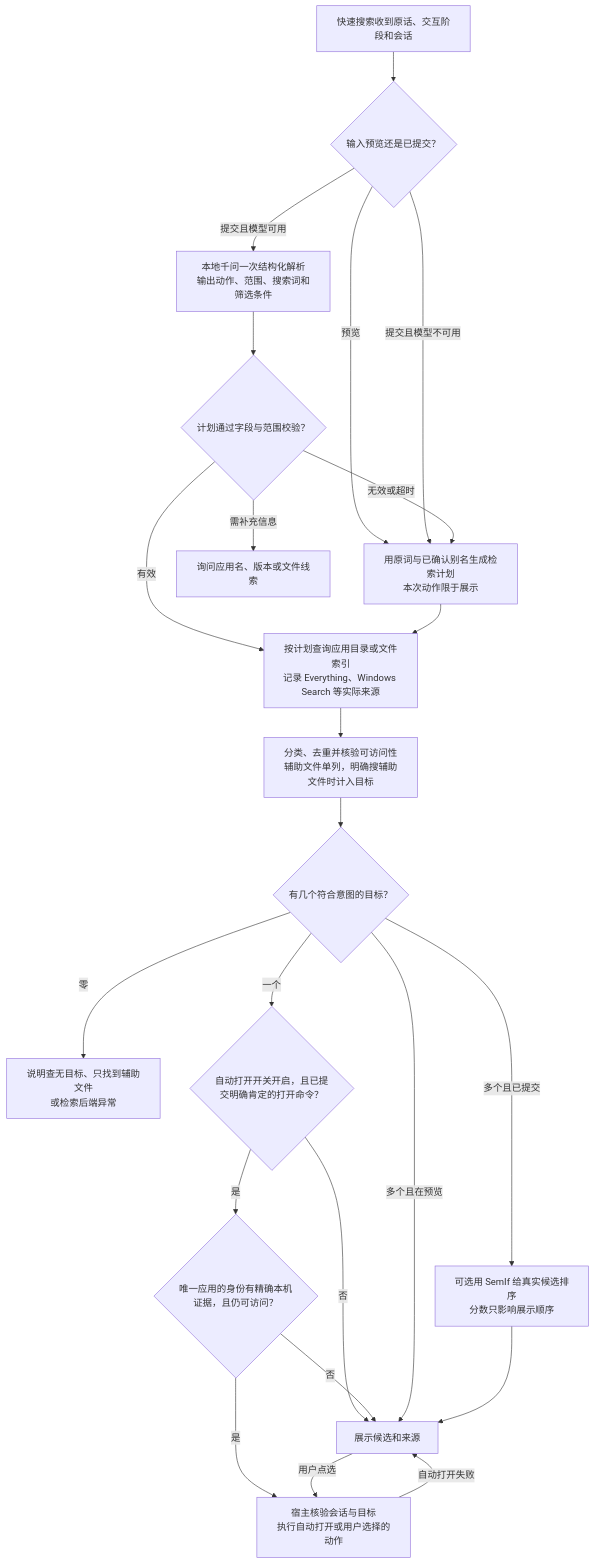
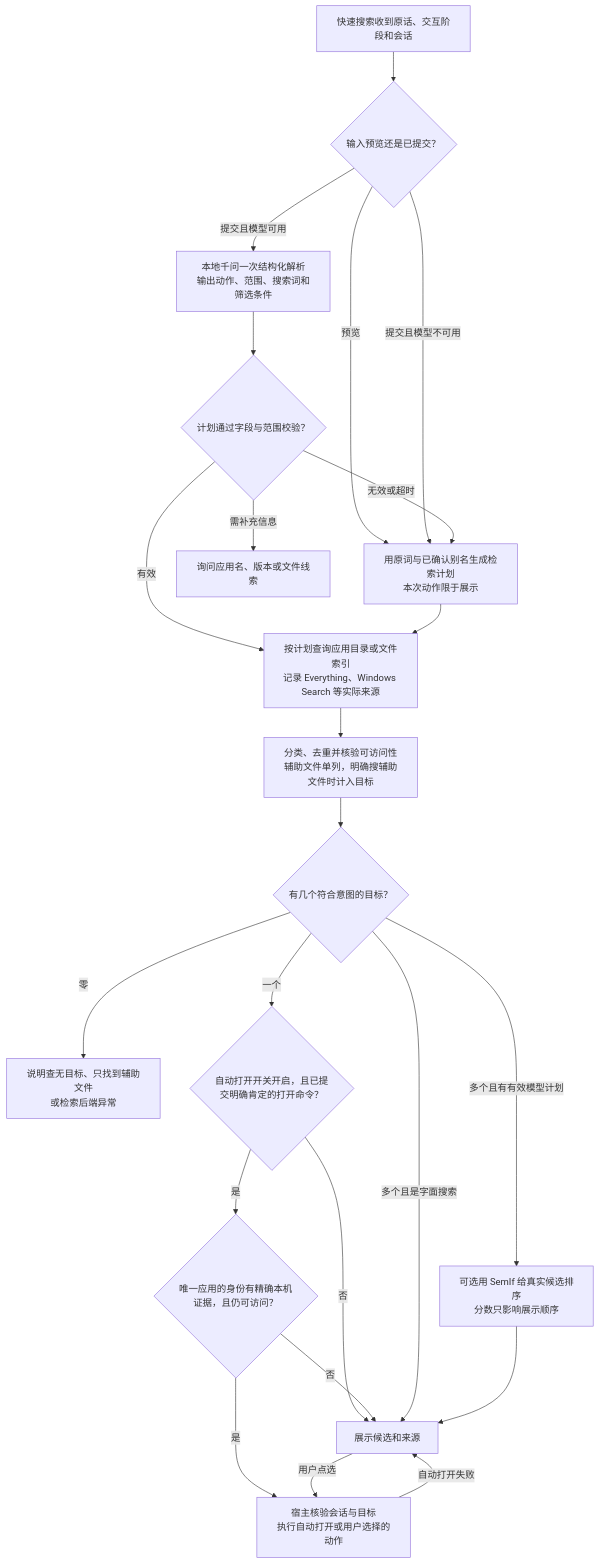
The diagram in README.md (wudixzy114/fasthelper), drawn with Mermaid before and after one commit. The commit also changed other lines of this file and 25 other files, not shown here.

````diff
--- a/README.md
+++ b/README.md
@@ -104,25 +51,25 @@
 ```mermaid
 flowchart TD
   INPUT["快速搜索收到原话、交互阶段和会话"] --> STAGE{"输入预览还是已提交？"}
   STAGE -->|预览| LITERAL["用原词与已确认别名生成检索计划<br/>本次动作限于展示"]
   STAGE -->|提交且模型可用| PARSE["本地千问一次结构化解析<br/>输出动作、范围、搜索词和筛选条件"]
   STAGE -->|提交且模型不可用| LITERAL
   PARSE --> VALID{"计划通过字段与范围校验？"}
   VALID -->|无效或超时| LITERAL
   VALID -->|需补充信息| ASK["询问应用名、版本或文件线索"]
   VALID -->|有效| SEARCH
   LITERAL --> SEARCH["按计划查询应用目录或文件索引<br/>记录 Everything、Windows Search 等实际来源"]
   SEARCH --> FILTER["分类、去重并核验可访问性<br/>辅助文件单列，明确搜辅助文件时计入目标"]
   FILTER --> COUNT{"有几个符合意图的目标？"}
   COUNT -->|零| EMPTY["说明查无目标、只找到辅助文件<br/>或检索后端异常"]
   COUNT -->|一个| AUTO{"自动打开开关开启，且已提交明确肯定的打开命令？"}
   AUTO -->|否| SHOW["展示候选和来源"]
   AUTO -->|是| TRUST{"唯一应用的身份有精确本机证据，且仍可访问？"}
   TRUST -->|是| OPEN["宿主核验会话与目标<br/>执行自动打开或用户选择的动作"]
   TRUST -->|否| SHOW
   OPEN -->|自动打开失败| SHOW
-  COUNT -->|多个且已提交| RANK["可选用 SemIf 给真实候选排序<br/>分数只影响展示顺序"]
-  COUNT -->|多个且在预览| SHOW
+  COUNT -->|多个且有有效模型计划| RANK["可选用 SemIf 给真实候选排序<br/>分数只影响展示顺序"]
+  COUNT -->|多个且是字面搜索| SHOW
   RANK --> SHOW
   SHOW -->|用户点选| OPEN
 ```
````
